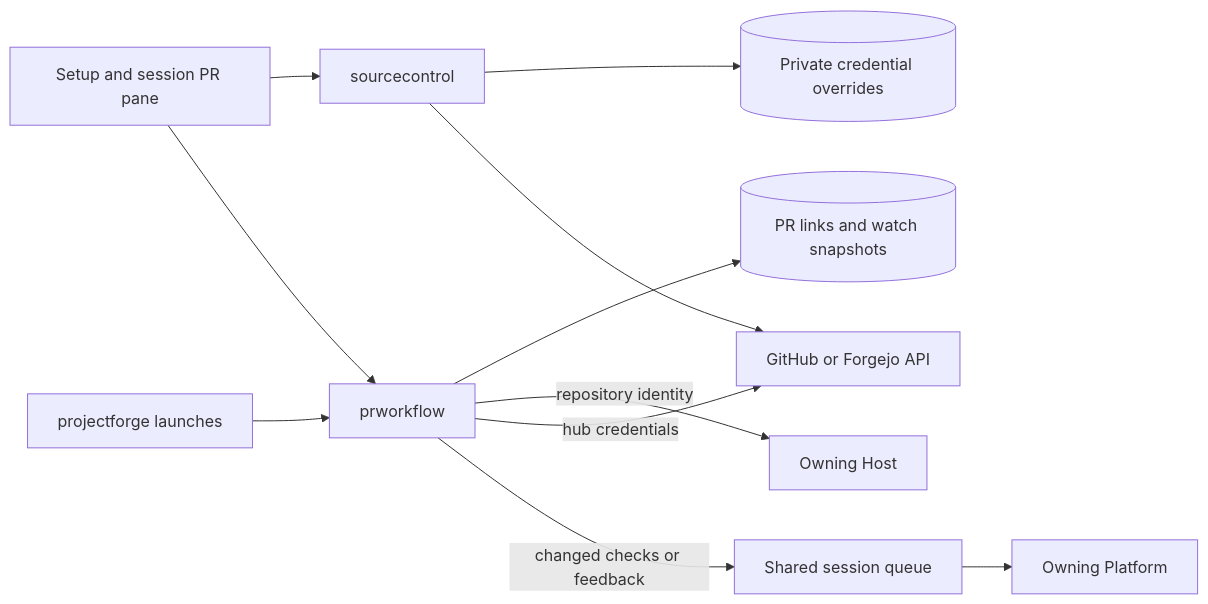
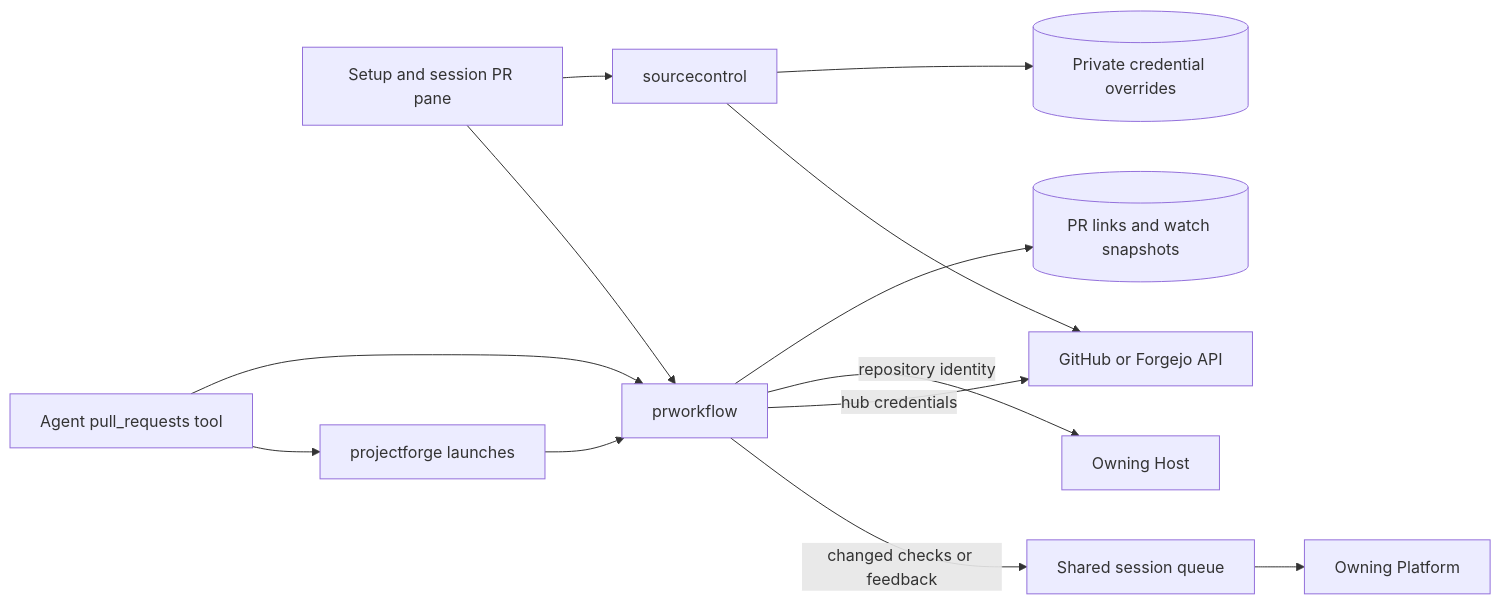
The third of 18 diagrams in docs/other/architecture.md (ocman/ocman), drawn with Mermaid before and after one commit. The commit also changed other lines of this file and 12 other files, not shown here.

````diff
--- a/docs/other/architecture.md
+++ b/docs/other/architecture.md
@@ -102,13 +102,15 @@
 ```mermaid
 flowchart LR
     UI[Setup and session PR pane] --> Setup[sourcecontrol]
     UI --> Workflow[prworkflow]
+    MCP[Agent pull_requests tool] --> Workflow
+    MCP --> Launch
     Launch[projectforge launches] --> Workflow
     Setup --> Credentials[(Private credential overrides)]
     Workflow --> Links[(PR links and watch snapshots)]
     Workflow -->|repository identity| Host[Owning Host]
     Workflow -->|hub credentials| Forge[GitHub or Forgejo API]
     Setup --> Forge
     Workflow -->|changed checks or feedback| Queue[Shared session queue]
     Queue --> Platform[Owning Platform]
 ```
````
